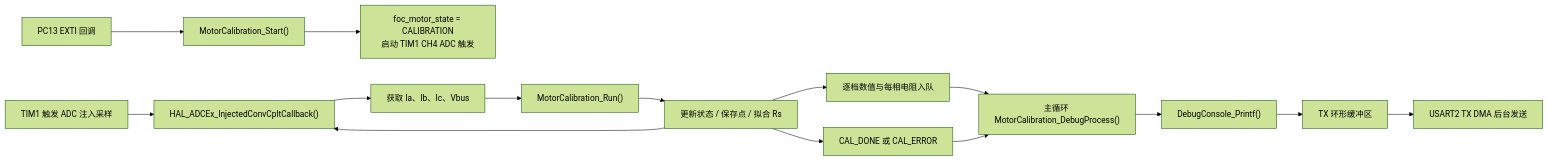
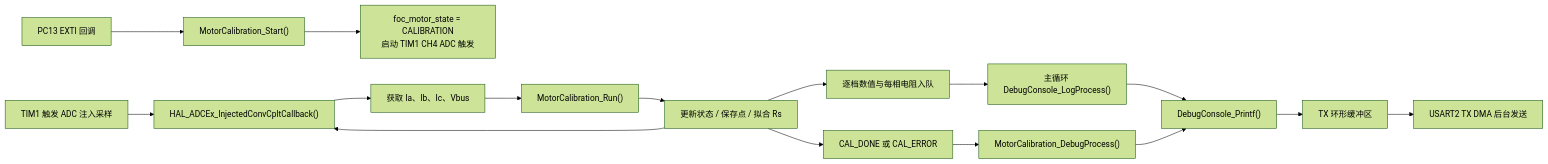
One commit to FlyFish0825/Observer_Motor changed the second of 2 diagrams in docs/参数辨识.md. Above: the diagram before and after it, drawn with Mermaid (forest theme). The commit also changed other lines of this file and 7 other files, not shown here.

````diff
--- a/docs/参数辨识.md
+++ b/docs/参数辨识.md
@@ -148,17 +149,18 @@
 ```mermaid
 flowchart LR
     A["PC13 EXTI 回调"] --> B["MotorCalibration_Start()"]
     B --> C["foc_motor_state = CALIBRATION<br/>启动 TIM1 CH4 ADC 触发"]
     D["TIM1 触发 ADC 注入采样"] --> E["HAL_ADCEx_InjectedConvCpltCallback()"]
     E --> F["获取 Ia、Ib、Ic、Vbus"]
     F --> G["MotorCalibration_Run()"]
     G --> H["更新状态 / 保存点 / 拟合 Rs"]
     H --> E
     H --> I["逐档数值与每相电阻入队"]
-    I --> J["主循环 MotorCalibration_DebugProcess()"]
+    I --> J["主循环 DebugConsole_LogProcess()"]
     H --> N["CAL_DONE 或 CAL_ERROR"]
-    N --> J
+    N --> O["MotorCalibration_DebugProcess()"]
     J --> K["DebugConsole_Printf()"]
+    O --> K
     K --> L["TX 环形缓冲区"]
     L --> M["USART2 TX DMA 后台发送"]
 ```
````
